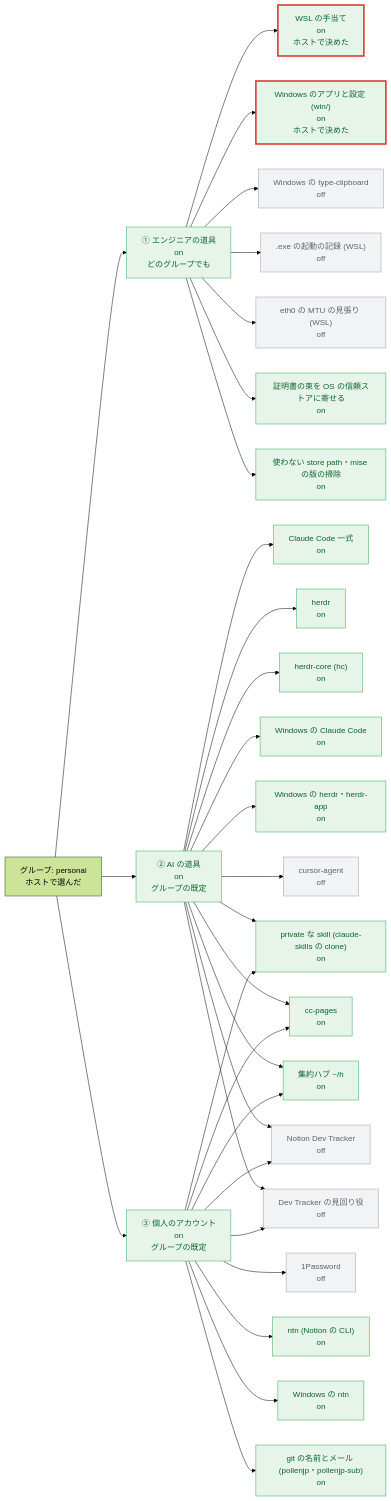
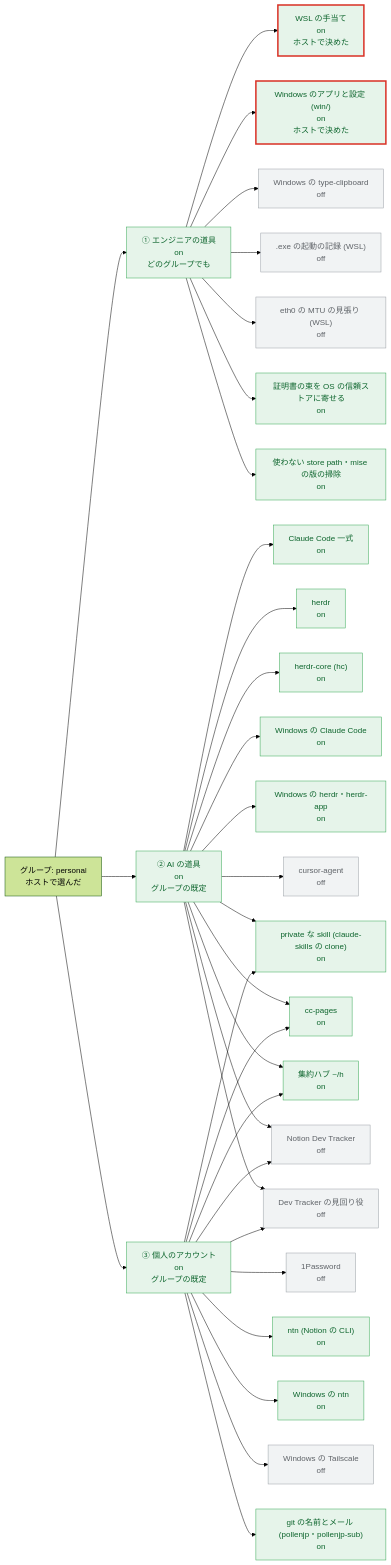
Before and after one commit to pollenjp/dotfiles: the first of 4 diagrams in nix/groups.md, drawn with Mermaid (forest theme). The commit also changed other lines of this file and 6 other files, not shown here.

First line of the commit message:
feat(nix,win): Windows に Tailscale を入れるかの switch (wsl.windowsFiles.tailscale.enable) を足す

````diff
--- a/nix/groups.md
+++ b/nix/groups.md
@@ -54,68 +55,70 @@
 ```mermaid
 flowchart LR
   g["グループ: personal<br/>ホストで選んだ"]
   t1["① エンジニアの道具<br/>on<br/>どのグループでも"]
   t2["② AI の道具<br/>on<br/>グループの既定"]
   t3["③ 個人のアカウント<br/>on<br/>グループの既定"]
   g --> t1
   g --> t2
   g --> t3
   wsl["WSL の手当て<br/>on<br/>ホストで決めた"]
   windowsFiles["Windows のアプリと設定 (win/)<br/>on<br/>ホストで決めた"]
   windowsTypeClipboard["Windows の type-clipboard<br/>off"]
   exeExecTrace[".exe の起動の記録 (WSL)<br/>off"]
   mtuGuard["eth0 の MTU の見張り (WSL)<br/>off"]
   osCaBundle["証明書の束を OS の信頼ストアに寄せる<br/>on"]
   cleanup["使わない store path・mise の版の掃除<br/>on"]
   claude["Claude Code 一式<br/>on"]
   herdr["herdr<br/>on"]
   herdrCore["herdr-core (hc)<br/>on"]
   windowsClaudeCode["Windows の Claude Code<br/>on"]
   windowsHerdr["Windows の herdr・herdr-app<br/>on"]
   cursorAgent["cursor-agent<br/>off"]
   claudePrivateSkills["private な skill (claude-skills の clone)<br/>on"]
   ccPages["cc-pages<br/>on"]
   herdrHub["集約ハブ ~/h<br/>on"]
   devTracker["Notion Dev Tracker<br/>off"]
   devTrackerInbox["Dev Tracker の見回り役<br/>off"]
   onePassword["1Password<br/>off"]
   ntn["ntn (Notion の CLI)<br/>on"]
   windowsNtn["Windows の ntn<br/>on"]
+  windowsTailscale["Windows の Tailscale<br/>off"]
   gitIdentity["git の名前とメール (pollenjp・pollenjp-sub)<br/>on"]
   t1 --> wsl
   t1 --> windowsFiles
   t1 --> windowsTypeClipboard
   t1 --> exeExecTrace
   t1 --> mtuGuard
   t1 --> osCaBundle
   t1 --> cleanup
   t2 --> claude
   t2 --> herdr
   t2 --> herdrCore
   t2 --> windowsClaudeCode
   t2 --> windowsHerdr
   t2 --> cursorAgent
   t2 --> claudePrivateSkills
   t3 --> claudePrivateSkills
   t2 --> ccPages
   t3 --> ccPages
   t2 --> herdrHub
   t3 --> herdrHub
   t2 --> devTracker
   t3 --> devTracker
   t2 --> devTrackerInbox
   t3 --> devTrackerInbox
   t3 --> onePassword
   t3 --> ntn
   t3 --> windowsNtn
+  t3 --> windowsTailscale
   t3 --> gitIdentity
   classDef on fill:#e6f4ea,stroke:#34a853,color:#0d652d
   classDef off fill:#f1f3f4,stroke:#9aa0a6,color:#5f6368
   classDef na fill:#ffffff,stroke:#bdc1c6,color:#9aa0a6,stroke-dasharray:4 3
   classDef onHost fill:#e6f4ea,stroke:#d93025,stroke-width:3px,color:#0d652d
   classDef offHost fill:#f1f3f4,stroke:#d93025,stroke-width:3px,color:#5f6368
   classDef naHost fill:#ffffff,stroke:#d93025,stroke-width:3px,color:#9aa0a6,stroke-dasharray:4 3
   class t1,t2,t3,osCaBundle,cleanup,claude,herdr,herdrCore,windowsClaudeCode,windowsHerdr,claudePrivateSkills,ccPages,herdrHub,ntn,windowsNtn,gitIdentity on
-  class windowsTypeClipboard,exeExecTrace,mtuGuard,cursorAgent,devTracker,devTrackerInbox,onePassword off
+  class windowsTypeClipboard,exeExecTrace,mtuGuard,cursorAgent,devTracker,devTrackerInbox,onePassword,windowsTailscale off
   class wsl,windowsFiles onHost
 ```
````
